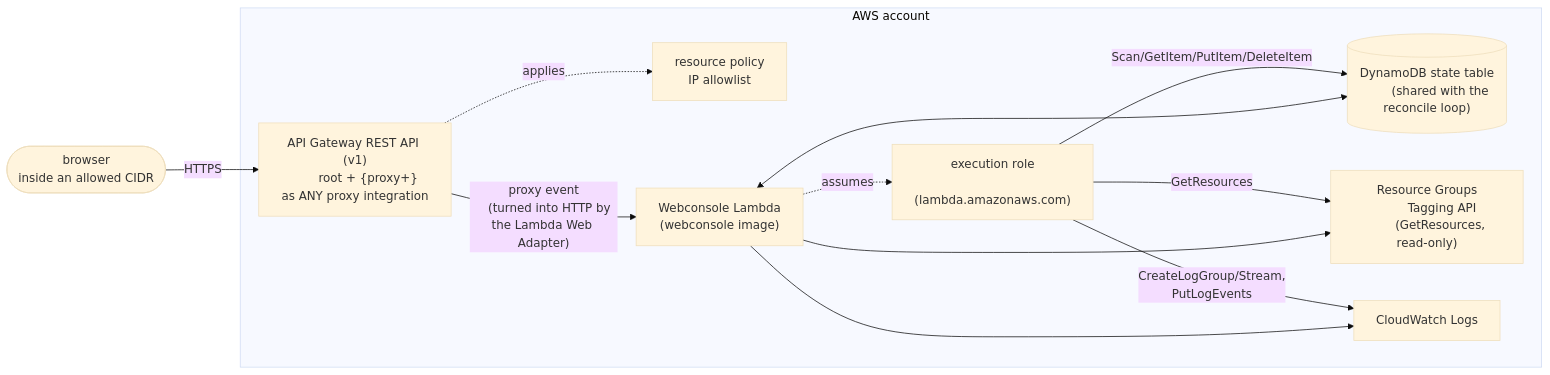
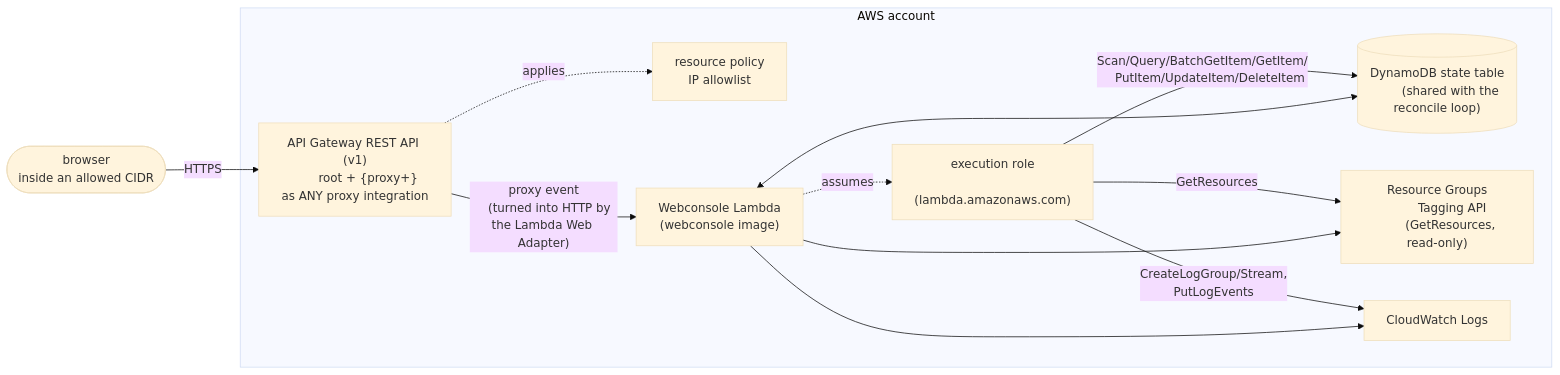
One commit to moepig/cheapskate changed the second of 2 diagrams in docs/en/architecture/aws_resources.md. Above: the diagram before and after it, drawn with Mermaid (base theme). The commit also changed other lines of this file and 15 other files, not shown here.

````diff
--- a/docs/en/architecture/aws_resources.md
+++ b/docs/en/architecture/aws_resources.md
@@ -90,35 +91,36 @@
 ```mermaid
 flowchart LR
     user(["browser
     inside an allowed CIDR"])
 
     subgraph account["AWS account"]
         apigw["API Gateway REST API (v1)
         root + {proxy+} as ANY proxy integration"]
         policy["resource policy
         IP allowlist"]
         fn["Webconsole Lambda
         (webconsole image)"]
         role["execution role
         (lambda.amazonaws.com)"]
         ddb[("DynamoDB state table
         (shared with the reconcile loop)")]
         tagapi["Resource Groups
         Tagging API
         (GetResources, read-only)"]
         logs["CloudWatch Logs"]
     end
 
     user -- HTTPS --> apigw
     apigw -. applies .-> policy
     apigw -- "proxy event
     (turned into HTTP by the Lambda Web Adapter)" --> fn
     fn -. assumes .-> role
-    role -- "Scan/GetItem/PutItem/DeleteItem" --> ddb
+    role -- "Scan/Query/BatchGetItem/GetItem/
+    PutItem/UpdateItem/DeleteItem" --> ddb
     role -- "GetResources" --> tagapi
     role -- "CreateLogGroup/Stream,
     PutLogEvents" --> logs
     fn <--> ddb
     fn --> tagapi
     fn --> logs
 ```
````
